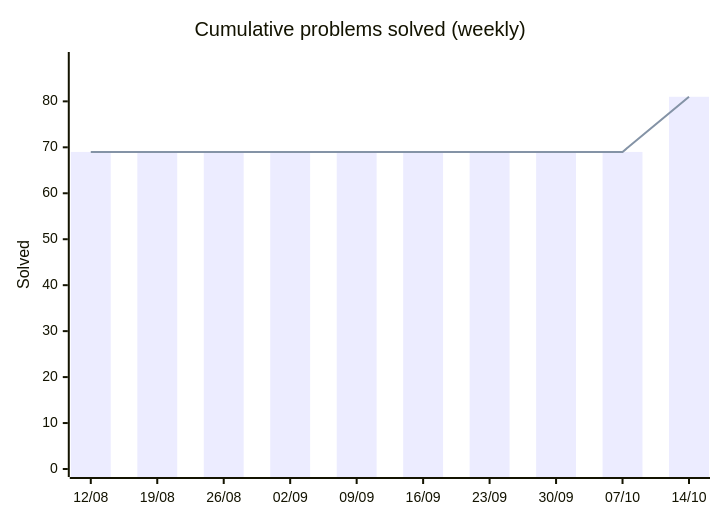
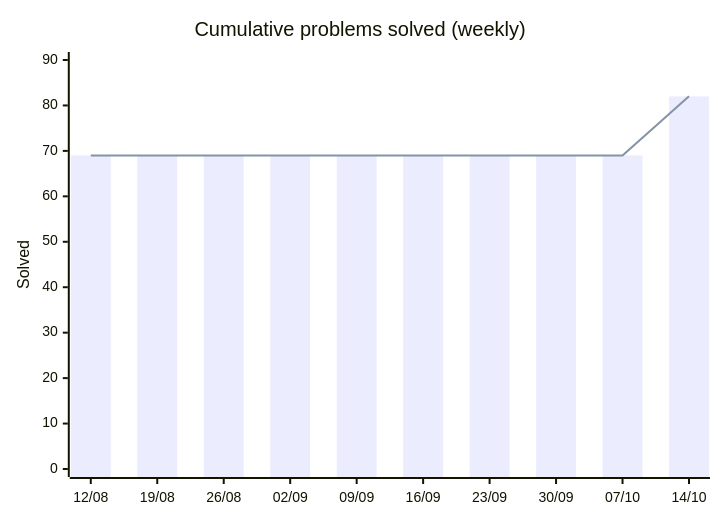
Before and after one commit to HarryTrn/TensorTonic-Solutions: the first of 2 diagrams in README.md, drawn with Mermaid. The commit also changed other lines of this file, not shown here.

````diff
--- a/README.md
+++ b/README.md
@@ -65,8 +65,8 @@
 ```mermaid
 xychart-beta
     title "Cumulative problems solved (weekly)"
     x-axis ["12/08", "19/08", "26/08", "02/09", "09/09", "16/09", "23/09", "30/09", "07/10", "14/10"]
-    y-axis "Solved" 0 --> 89
-    bar [69, 69, 69, 69, 69, 69, 69, 69, 69, 81]
-    line [69, 69, 69, 69, 69, 69, 69, 69, 69, 81]
+    y-axis "Solved" 0 --> 90
+    bar [69, 69, 69, 69, 69, 69, 69, 69, 69, 82]
+    line [69, 69, 69, 69, 69, 69, 69, 69, 69, 82]
 ```
````
